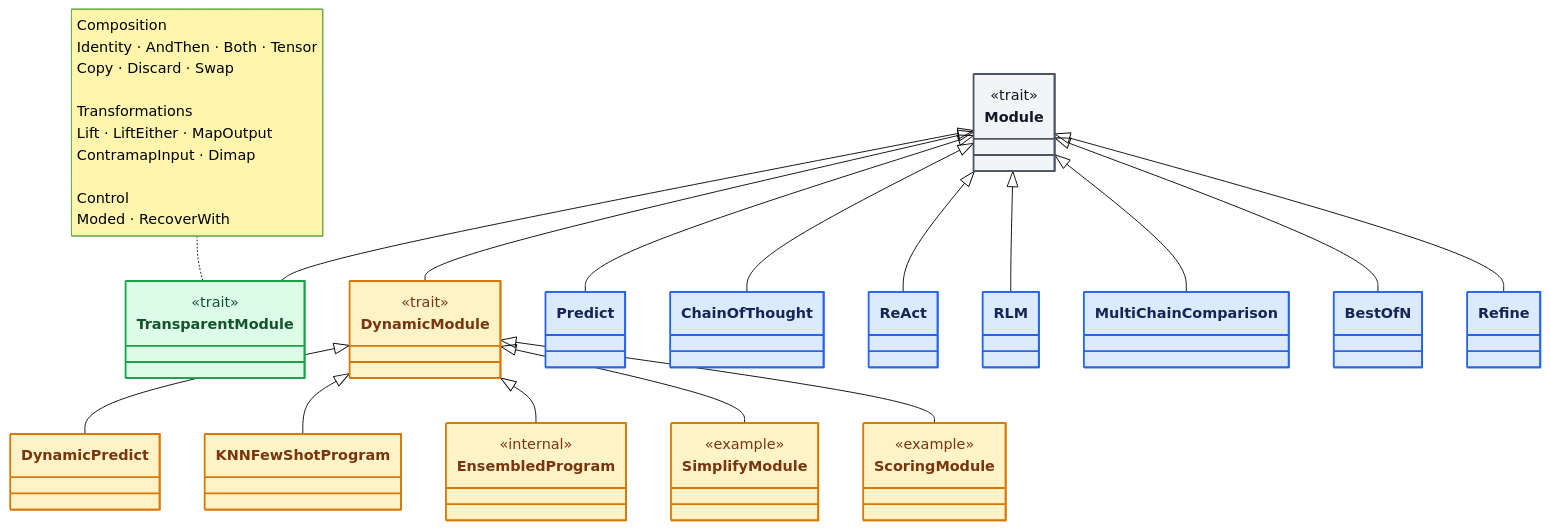
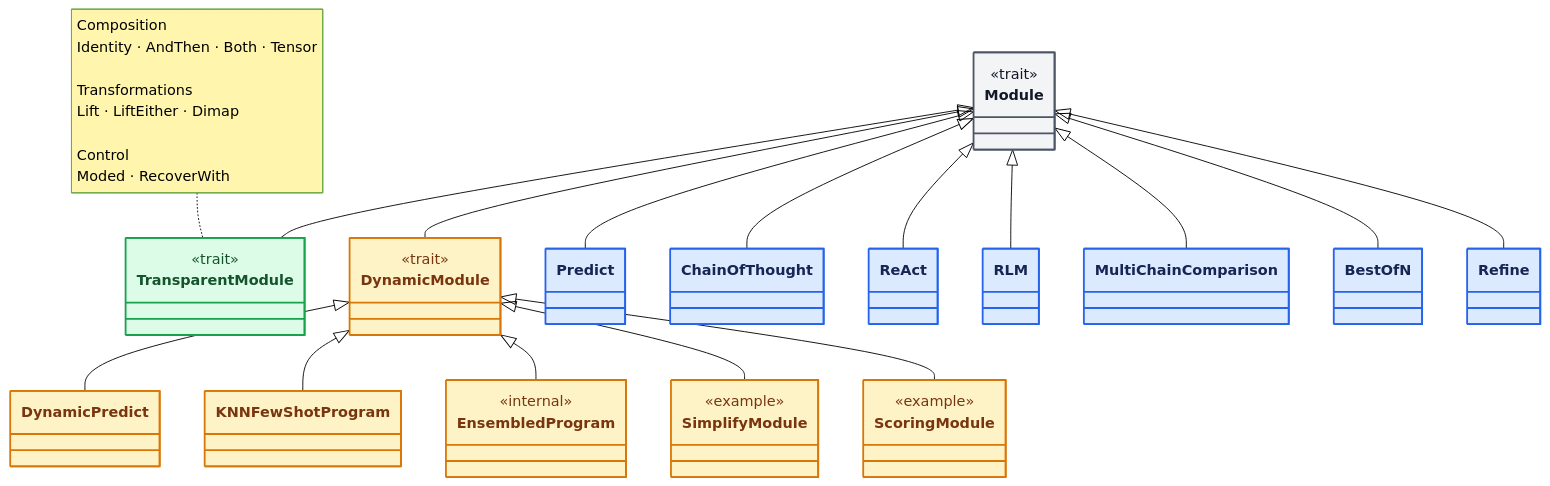
Before and after one commit to jpablo/dspy4s: the first of 2 diagrams in modules/programs/src/main/scala/dspy4s/programs/contracts/Module.md, drawn with Mermaid (forest theme). The commit also changed other lines of this file and 68 other files, not shown here.

````diff
--- a/modules/programs/src/main/scala/dspy4s/programs/contracts/Module.md
+++ b/modules/programs/src/main/scala/dspy4s/programs/contracts/Module.md
@@ -38,72 +38,72 @@
 ```mermaid
 classDiagram
     direction TB
 
     class Module {
         <<trait>>
     }
 
     class TransparentModule {
         <<trait>>
     }
     class DynamicModule {
         <<trait>>
     }
 
     class Predict
     class ChainOfThought
     class ReAct
     class RLM
     class MultiChainComparison
     class BestOfN
     class Refine
 
     class DynamicPredict
     class KNNFewShotProgram
     class EnsembledProgram {
         <<internal>>
     }
     class SimplifyModule {
         <<example>>
     }
     class ScoringModule {
         <<example>>
     }
 
-    note for TransparentModule "Composition<br/>Identity · AndThen · Both · Tensor<br/>Copy · Discard · Swap<br/><br/>Transformations<br/>Lift · LiftEither · MapOutput<br/>ContramapInput · Dimap<br/><br/>Control<br/>Moded · RecoverWith"
+    note for TransparentModule "Composition<br/>Identity · AndThen · Both · Tensor<br/><br/>Transformations<br/>Lift · LiftEither · Dimap<br/><br/>Control<br/>Moded · RecoverWith"
 
     Module <|-- TransparentModule
     Module <|-- DynamicModule
 
     Module <|-- Predict
     Module <|-- ChainOfThought
     Module <|-- ReAct
     Module <|-- RLM
     Module <|-- MultiChainComparison
     Module <|-- BestOfN
     Module <|-- Refine
 
     DynamicModule <|-- DynamicPredict
     DynamicModule <|-- KNNFewShotProgram
     DynamicModule <|-- EnsembledProgram
     DynamicModule <|-- SimplifyModule
     DynamicModule <|-- ScoringModule
 
     style Module fill:#F3F4F6,stroke:#4B5563,color:#111827,stroke-width:2px
 
     style Predict fill:#DBEAFE,stroke:#2563EB,color:#172554,stroke-width:2px
     style ChainOfThought fill:#DBEAFE,stroke:#2563EB,color:#172554,stroke-width:2px
     style ReAct fill:#DBEAFE,stroke:#2563EB,color:#172554,stroke-width:2px
     style RLM fill:#DBEAFE,stroke:#2563EB,color:#172554,stroke-width:2px
     style MultiChainComparison fill:#DBEAFE,stroke:#2563EB,color:#172554,stroke-width:2px
     style BestOfN fill:#DBEAFE,stroke:#2563EB,color:#172554,stroke-width:2px
     style Refine fill:#DBEAFE,stroke:#2563EB,color:#172554,stroke-width:2px
 
     style TransparentModule fill:#DCFCE7,stroke:#16A34A,color:#14532D,stroke-width:2px
     style DynamicModule fill:#FEF3C7,stroke:#D97706,color:#78350F,stroke-width:2px
     style DynamicPredict fill:#FEF3C7,stroke:#D97706,color:#78350F,stroke-width:2px
     style KNNFewShotProgram fill:#FEF3C7,stroke:#D97706,color:#78350F,stroke-width:2px
     style EnsembledProgram fill:#FEF3C7,stroke:#D97706,color:#78350F,stroke-width:2px
     style SimplifyModule fill:#FEF3C7,stroke:#D97706,color:#78350F,stroke-width:2px
     style ScoringModule fill:#FEF3C7,stroke:#D97706,color:#78350F,stroke-width:2px
 ```
````
